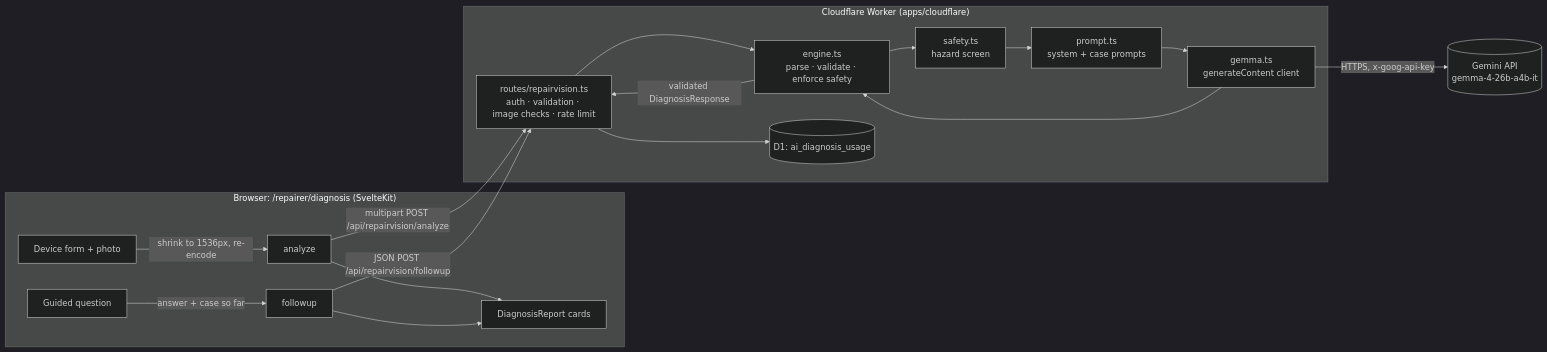
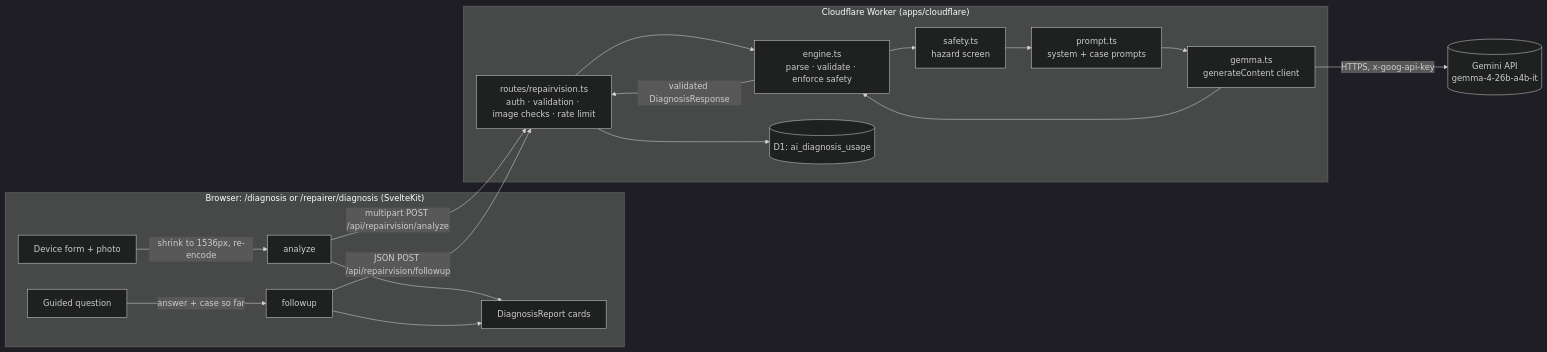
One commit to Kanishk-Rungta/RepairVision_AI changed the diagram in RepairVision/docs/repairvision-ai.md. Above: the diagram before and after it, drawn with Mermaid (dark theme). The commit also changed other lines of this file and 2 other files, not shown here.

````diff
--- a/RepairVision/docs/repairvision-ai.md
+++ b/RepairVision/docs/repairvision-ai.md
@@ -21,25 +21,25 @@
 ```mermaid
 flowchart LR
-  subgraph Browser["Browser: /repairer/diagnosis (SvelteKit)"]
+  subgraph Browser["Browser: /diagnosis or /repairer/diagnosis (SvelteKit)"]
     F[Device form + photo] -->|shrink to 1536px, re-encode| A
     A[analyze] --> R[DiagnosisReport cards]
     Q[Guided question] -->|answer + case so far| U[followup]
     U --> R
   end
   subgraph Worker["Cloudflare Worker (apps/cloudflare)"]
     RT[routes/repairvision.ts<br/>auth · validation · image checks · rate limit]
     S1[safety.ts<br/>hazard screen]
     P[prompt.ts<br/>system + case prompts]
     G[gemma.ts<br/>generateContent client]
     E[engine.ts<br/>parse · validate · enforce safety]
     D1[(D1: ai_diagnosis_usage)]
   end
   A -- multipart POST /api/repairvision/analyze --> RT
   U -- JSON POST /api/repairvision/followup --> RT
   RT --> D1
   RT --> E
   E --> S1 --> P --> G
   G -- HTTPS, x-goog-api-key --> GA[(Gemini API<br/>gemma-4-26b-a4b-it)]
   G --> E
   E -- validated DiagnosisResponse --> RT
 ```
````
